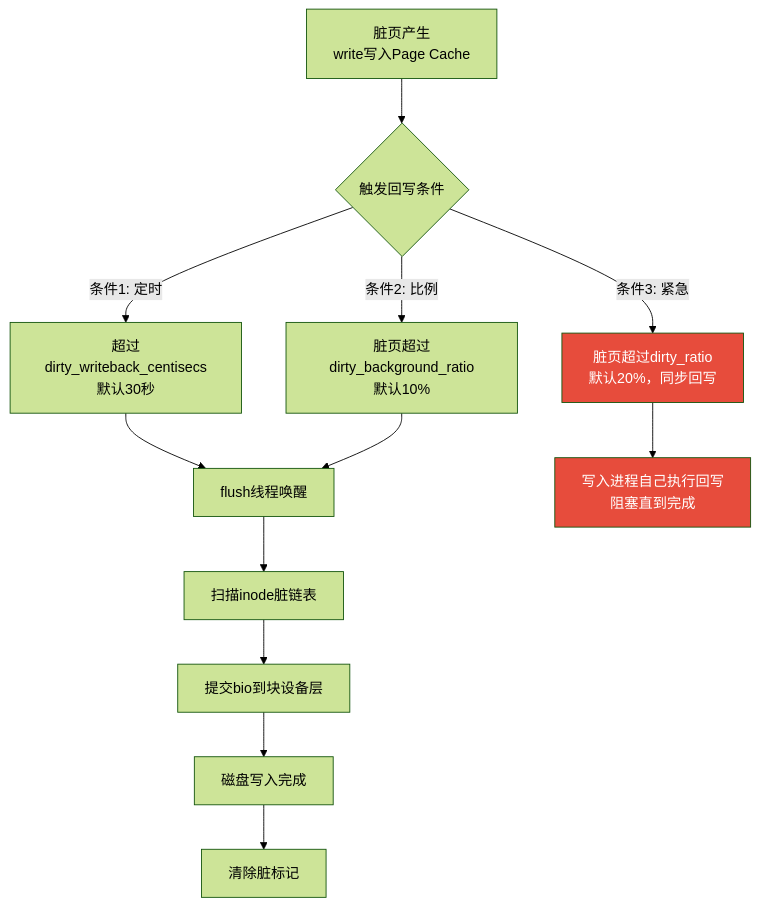
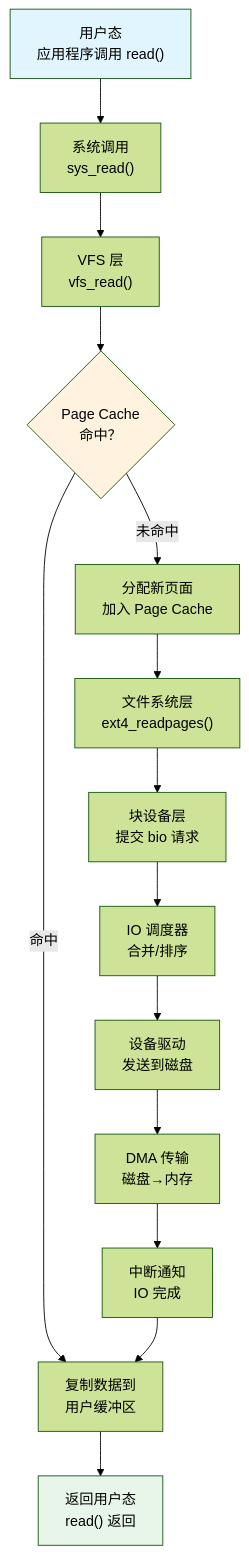
Before and after one commit to moklgydocs/moklgydocs.github.io: the ninth of 13 diagrams in src/Linux/06_内核级/03_文件系统原理.md, drawn with Mermaid (forest theme). The commit also changed other lines of this file and 14 other files, not shown here.

````diff
--- a/src/Linux/06_内核级/03_文件系统原理.md
+++ b/src/Linux/06_内核级/03_文件系统原理.md
@@ -668,21 +776,23 @@
 ```mermaid
 flowchart TD
-    A[脏页产生<br/>write写入Page Cache] --> B{触发回写条件}
+    A["用户态<br>应用程序调用 read()"] --> B["系统调用<br>sys_read()"]
+    B --> C["VFS 层<br>vfs_read()"]
+    C --> D{"Page Cache<br>命中？"}
 
-    B -->|条件1: 定时| C[超过dirty_writeback_centisecs<br/>默认30秒]
-    B -->|条件2: 比例| D[脏页超过dirty_background_ratio<br/>默认10%]
-    B -->|条件3: 紧急| E[脏页超过dirty_ratio<br/>默认20%，同步回写]
+    D -->|"命中"| E["复制数据到<br>用户缓冲区"]
+    D -->|"未命中"| F["分配新页面<br>加入 Page Cache"]
 
-    C --> F[flush线程唤醒]
-    D --> F
+    F --> G["文件系统层<br>ext4_readpages()"]
+    G --> H["块设备层<br>提交 bio 请求"]
+    H --> I["IO 调度器<br>合并/排序"]
+    I --> J["设备驱动<br>发送到磁盘"]
+    J --> K["DMA 传输<br>磁盘→内存"]
+    K --> L["中断通知<br>IO 完成"]
+    L --> E
 
-    F --> G[扫描inode脏链表]
-    G --> H[提交bio到块设备层]
-    H --> I[磁盘写入完成]
-    I --> J[清除脏标记]
+    E --> M["返回用户态<br>read() 返回"]
 
-    E --> K[写入进程自己执行回写<br/>阻塞直到完成]
-
-    style E fill:#e74c3c,color:#fff
-    style K fill:#e74c3c,color:#fff
+    style A fill:#e1f5fe
+    style M fill:#e8f5e9
+    style D fill:#fff3e0
 ```
````
